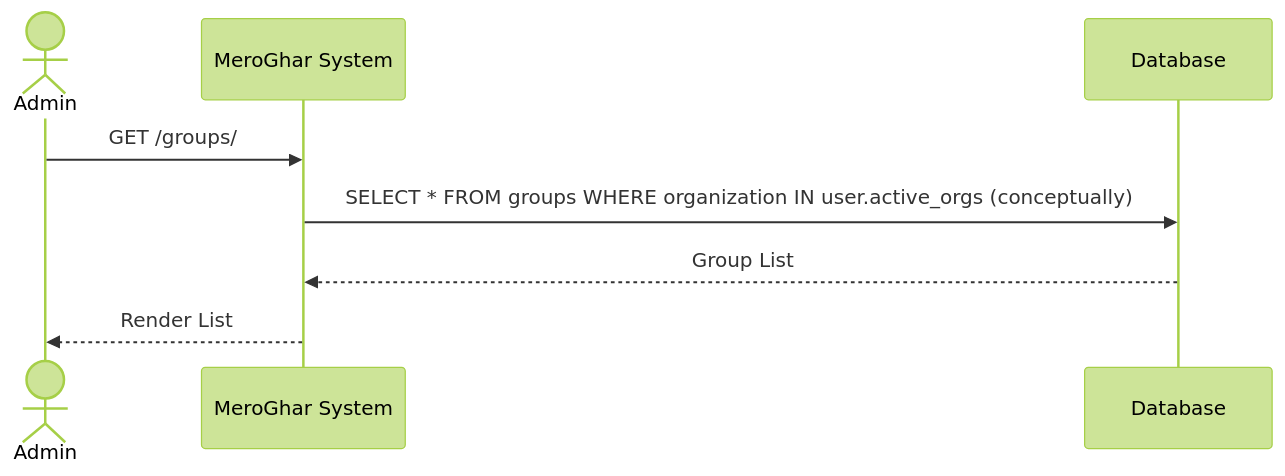
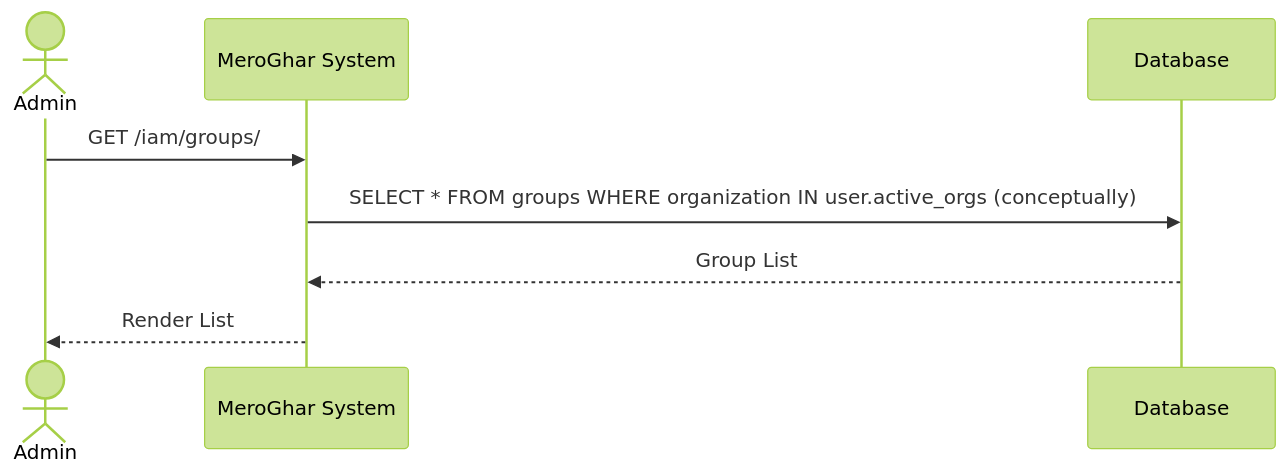
Before and after one commit to 0Ankit0/meroghar: the first of 4 diagrams in docs/workflows/organization_group.md, drawn with Mermaid (forest theme). The commit also changed other lines of this file and 12 other files, not shown here.

````diff
--- a/docs/workflows/organization_group.md
+++ b/docs/workflows/organization_group.md
@@ -14,11 +14,11 @@
 ```mermaid
 sequenceDiagram
     actor Admin as Admin
     participant System as MeroGhar System
     participant DB as Database
 
-    Admin->>System: GET /groups/
+    Admin->>System: GET /iam/groups/
     System->>DB: SELECT * FROM groups WHERE organization IN user.active_orgs (conceptually)
     DB-->>System: Group List
     System-->>Admin: Render List
 ```
````
